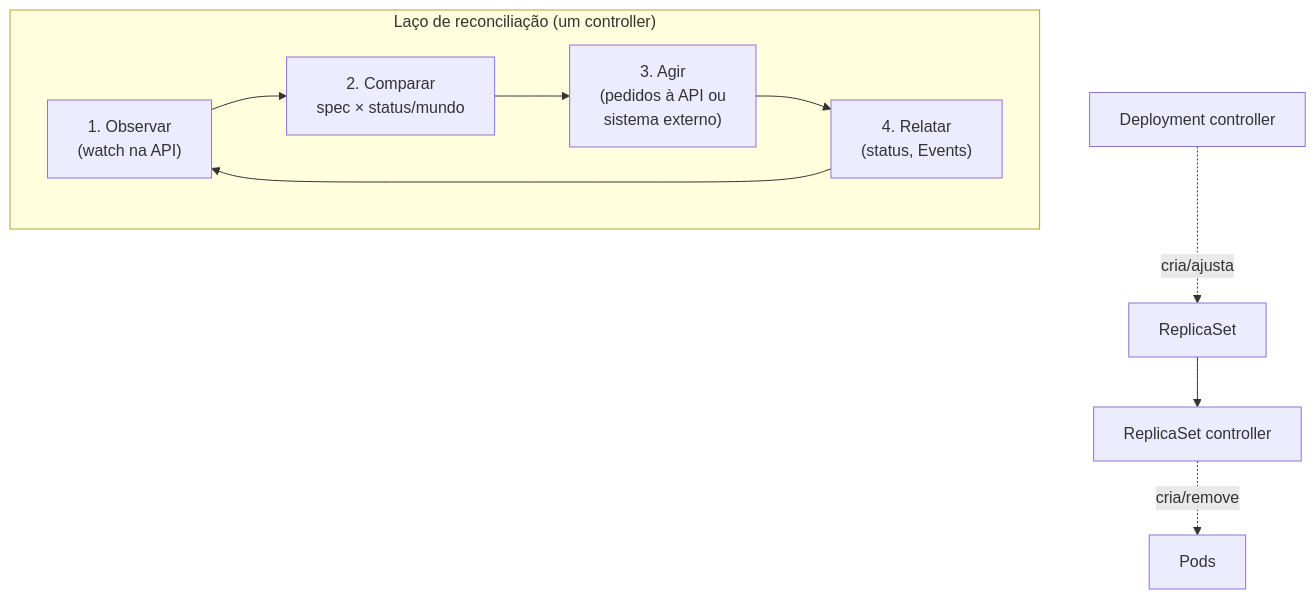
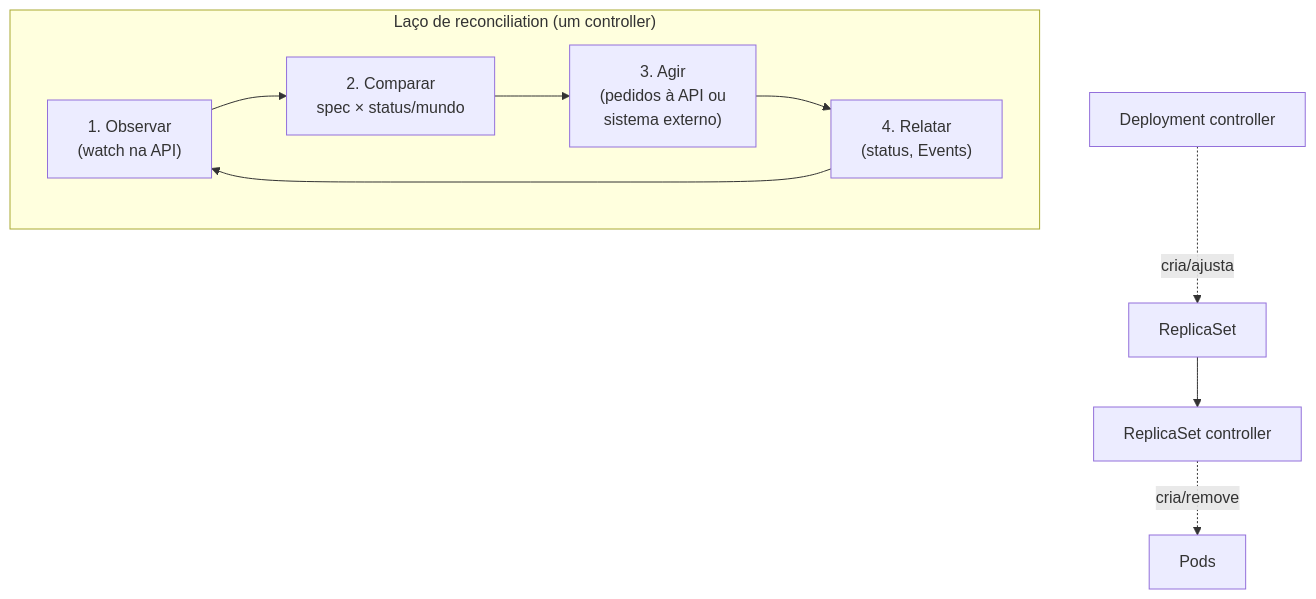
One commit to eduardoandradej/glossario-openshift-kubernetes changed the diagram in categorias/00-fundamentos-e-linguagem/verbetes/reconciliation.md. Above: the diagram before and after it, drawn with Mermaid. The commit also changed other lines of this file and 40 other files, not shown here.

````diff
--- a/categorias/00-fundamentos-e-linguagem/verbetes/reconciliation.md
+++ b/categorias/00-fundamentos-e-linguagem/verbetes/reconciliation.md
@@ -92,13 +92,13 @@
 ```mermaid
 flowchart TB
-    subgraph LOOP["Laço de reconciliação (um controller)"]
+    subgraph LOOP["Laço de reconciliation (um controller)"]
         direction LR
         W["1. Observar<br/>(watch na API)"] --> C["2. Comparar<br/>spec × status/mundo"]
         C --> A["3. Agir<br/>(pedidos à API ou<br/>sistema externo)"]
         A --> R["4. Relatar<br/>(status, Events)"]
         R --> W
     end
     D["Deployment controller"] -.->|"cria/ajusta"| RS["ReplicaSet"]
     RSC["ReplicaSet controller"] -.->|"cria/remove"| P["Pods"]
     RS --> RSC
 ```
````
